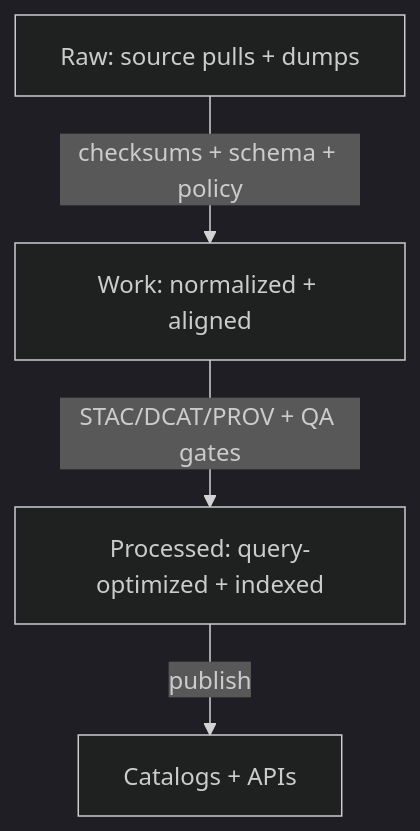
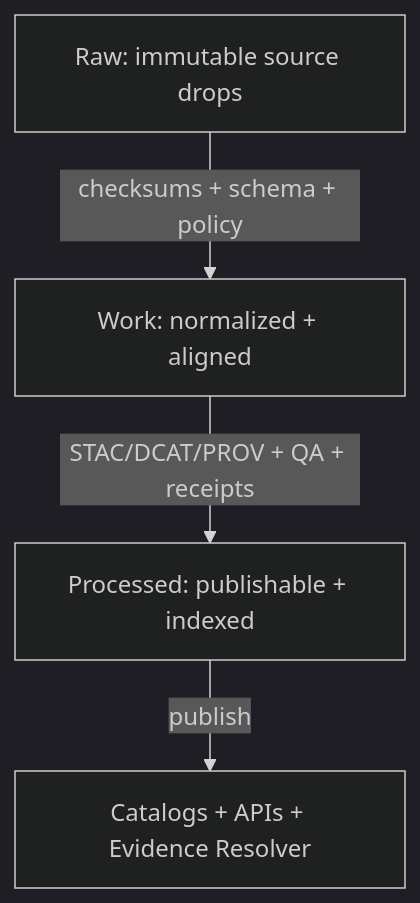
One commit to bartytime4life/Kansas-Frontier-Matrix changed the second of 2 diagrams in infra/README.md. Above: the diagram before and after it, drawn with Mermaid (dark theme). The commit also changed other lines of this file, not shown here.

````diff
--- a/infra/README.md
+++ b/infra/README.md
@@ -126,6 +146,6 @@
 ```mermaid
 flowchart TB
-  R[Raw: source pulls + dumps] -->|checksums + schema + policy| W[Work: normalized + aligned]
-  W -->|STAC/DCAT/PROV + QA gates| P[Processed: query-optimized + indexed]
-  P -->|publish| C[Catalogs + APIs]
+  R[Raw: immutable source drops] -->|checksums + schema + policy| W[Work: normalized + aligned]
+  W -->|STAC/DCAT/PROV + QA + receipts| P[Processed: publishable + indexed]
+  P -->|publish| C[Catalogs + APIs + Evidence Resolver]
 ```
````
